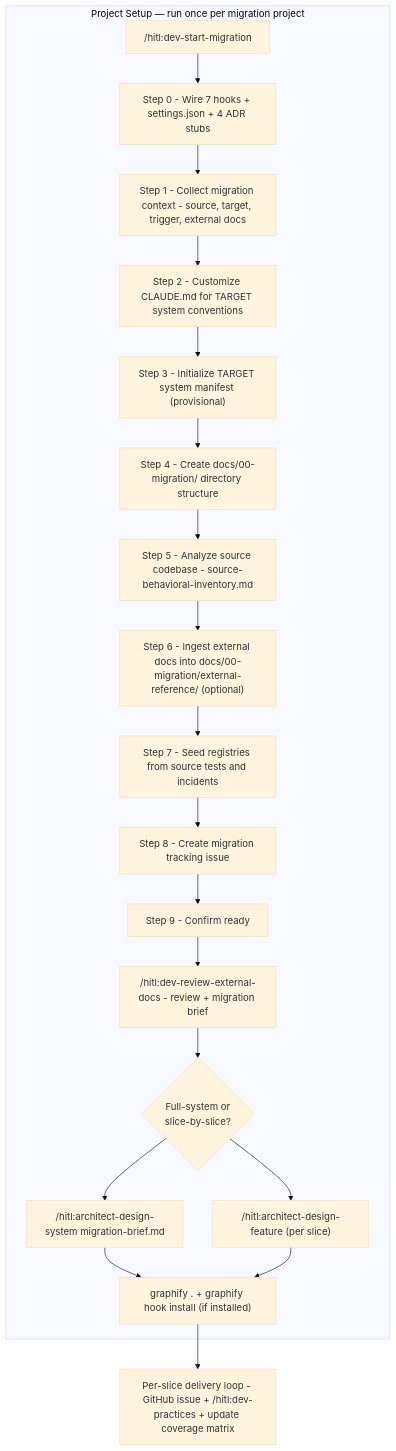
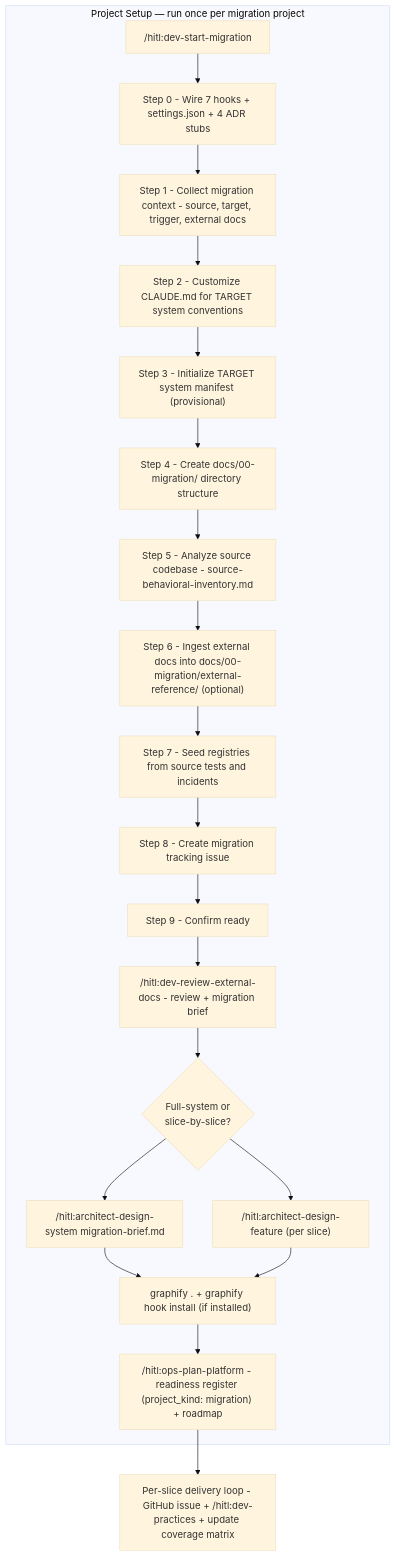
One commit to Prasad-Apparaju/hitl-dev-platform changed the first of 4 diagrams in docs/workflow-migration.md. Above: the diagram before and after it, drawn with Mermaid (base theme). The commit also changed other lines of this file and 8 other files, not shown here.

````diff
--- a/docs/workflow-migration.md
+++ b/docs/workflow-migration.md
@@ -13,29 +13,31 @@
 ```mermaid
 graph TB
   subgraph SETUP["Project Setup — run once per migration project"]
     entry["/hitl:dev-start-migration"]
     s0["Step 0 - Wire 7 hooks + settings.json + 4 ADR stubs"]
     s1["Step 1 - Collect migration context - source, target, trigger, external docs"]
     s2["Step 2 - Customize CLAUDE.md for TARGET system conventions"]
     s3["Step 3 - Initialize TARGET system manifest (provisional)"]
     s4["Step 4 - Create docs/00-migration/ directory structure"]
     s5["Step 5 - Analyze source codebase - source-behavioral-inventory.md"]
     s6["Step 6 - Ingest external docs into docs/00-migration/external-reference/ (optional)"]
     s7["Step 7 - Seed registries from source tests and incidents"]
     s8["Step 8 - Create migration tracking issue"]
     s9["Step 9 - Confirm ready"]
     review["/hitl:dev-review-external-docs - review + migration brief"]
     design_choice{"Full-system or\nslice-by-slice?"}
     design_full["/hitl:architect-design-system migration-brief.md"]
     design_slice["/hitl:architect-design-feature (per slice)"]
     graphify["graphify . + graphify hook install (if installed)"]
+    platform["/hitl:ops-plan-platform - readiness register (project_kind: migration) + roadmap"]
     entry --> s0 --> s1 --> s2 --> s3 --> s4 --> s5 --> s6 --> s7 --> s8 --> s9
     s9 --> review --> design_choice
     design_choice --> design_full --> graphify
     design_choice --> design_slice --> graphify
+    graphify --> platform
   end
 
   loop["Per-slice delivery loop - GitHub issue + /hitl:dev-practices + update coverage matrix"]
 
-  graphify --> loop
+  platform --> loop
 ```
````
